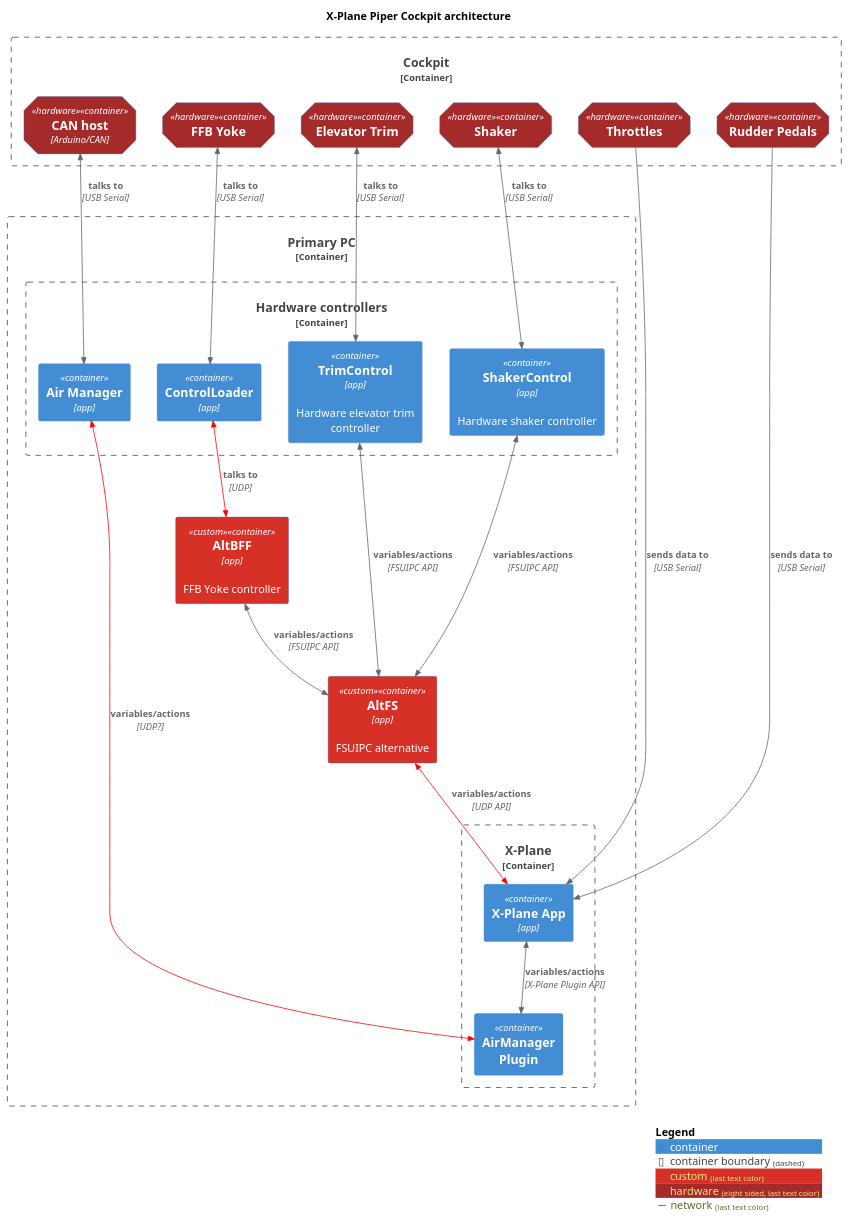
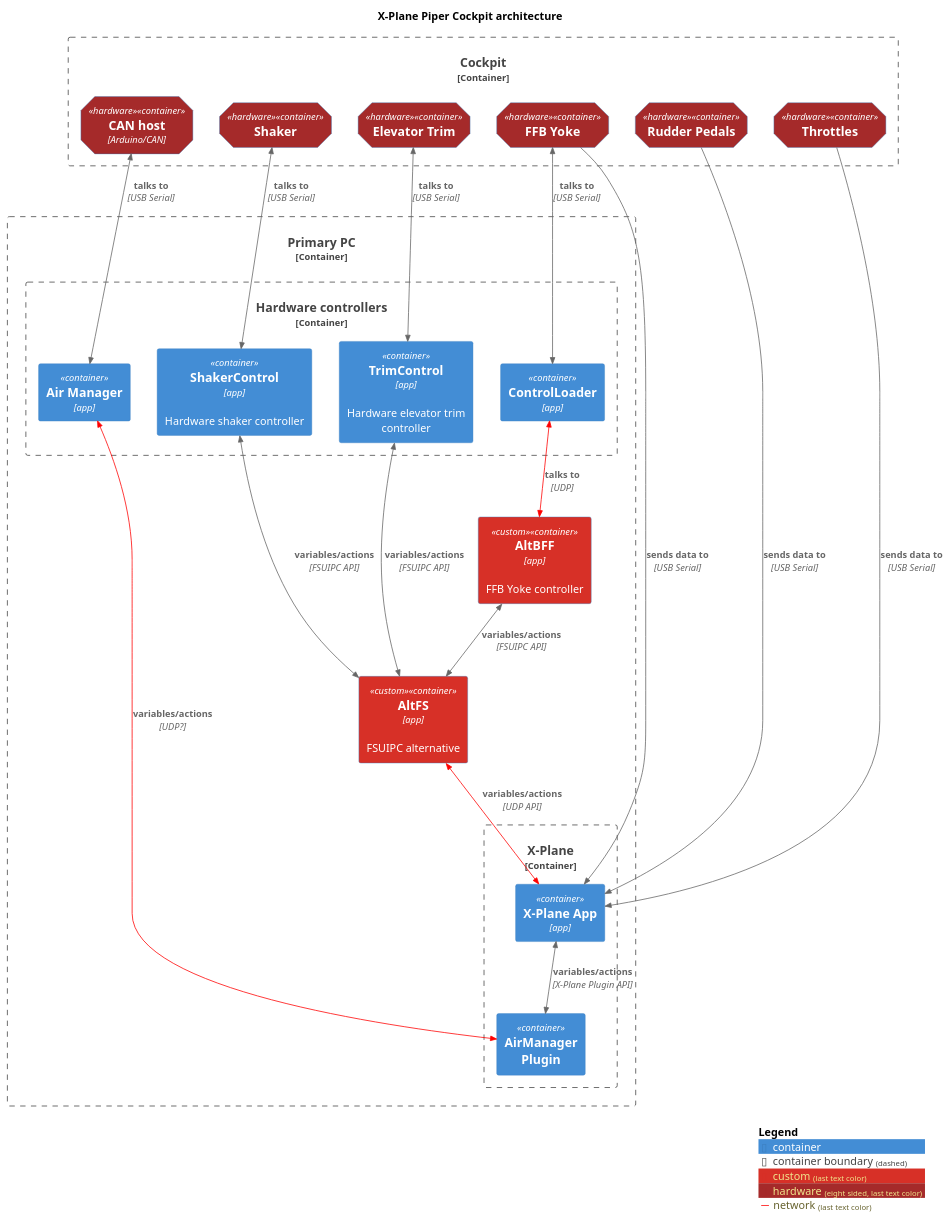
One commit to avignatenko/aiblog changed the diagram in content/posts/piper-cockpit-architecture/architecture.puml. Above: the diagram before and after it, drawn with PlantUML. The commit also changed 1 other file, not shown here.

Commit message:
architecture updated

```diff
--- a/content/posts/piper-cockpit-architecture/architecture.puml
+++ b/content/posts/piper-cockpit-architecture/architecture.puml
@@ -1,68 +1,69 @@
 @startuml
 !include <C4/C4_Container>
 !include <C4/C4_Deployment>
 
 title X-Plane Piper Cockpit architecture
 
 AddElementTag("custom", $bgColor="#d73027")
 AddElementTag("hardware", $bgColor="brown", $shape=EightSidedShape())
 AddRelTag("network", $lineColor="red")
 
 Container_Boundary(pc, "Primary PC") {
 
 Container_Boundary(xplane, "X-Plane"){
     Container(xplaneApp, "X-Plane App", $techn="app")
     Container(airManagerPlugin, "AirManager\nPlugin")
 
     BiRel_D(xplaneApp, airManagerPlugin, "variables/actions", $techn="X-Plane Plugin API")
 
 }
 
 Container(altFS, "AltFS", $techn="app", $descr="FSUIPC alternative", $tags="custom")
 BiRel(altFS, xplaneApp, "variables/actions", $techn="UDP API", $tags="network")
 
 Container(altBFF, "AltBFF", $techn="app", $descr="FFB Yoke controller", $tags="custom")
 BiRel(altBFF, altFS, "variables/actions", $techn="FSUIPC API")
 
 Container_Boundary(controllers, "Hardware controllers"){
     Container(controlLoader, "ControlLoader", $techn="app")
     BiRel(controlLoader, altBFF, "talks to", $techn="UDP", $tags="network")
 
     Container(trimControl, "TrimControl", $techn="app", $descr="Hardware elevator trim controller")
     BiRel(trimControl, altFS, "variables/actions", $techn="FSUIPC API")
 
     Container(shakerControl, "ShakerControl", $techn="app", $descr="Hardware shaker controller")
     BiRel(shakerControl, altFS, "variables/actions", $techn="FSUIPC API")
 
     Container(airManager, "Air Manager", $techn="app")
     BiRel(airManager, airManagerPlugin, "variables/actions", $techn="UDP?", $tags="network")
 
 }
 
 
 }
 
 
 Container_Boundary(cockpit, "Cockpit") {
     Container(ffbYoke, "FFB Yoke", $tags="hardware")
     BiRel(ffbYoke, controlLoader, "talks to", $techn="USB Serial")
+    Rel(ffbYoke, xplaneApp, "sends data to", $techn="USB Serial")
 
     Container(elTrim, "Elevator Trim", $tags="hardware")
     BiRel(elTrim, trimControl, "talks to", $techn="USB Serial")
 
     Container(canHost, "CAN host", $techn="Arduino/CAN", $tags="hardware")
     BiRel(airManager, canHost, "talks to", $techn="USB Serial")
 
     Container(shaker, "Shaker", $tags="hardware")
     BiRel(shaker, shakerControl, "talks to", $techn="USB Serial")
 
     Container(throttles, "Throttles", $tags="hardware")
     Rel(throttles, xplaneApp, "sends data to", $techn="USB Serial")
 
     Container(rudderPedals, "Rudder Pedals", $tags="hardware")
     Rel(rudderPedals, xplaneApp, "sends data to", $techn="USB Serial")
 }
 
 SHOW_LEGEND(false)
 
 @enduml
```
